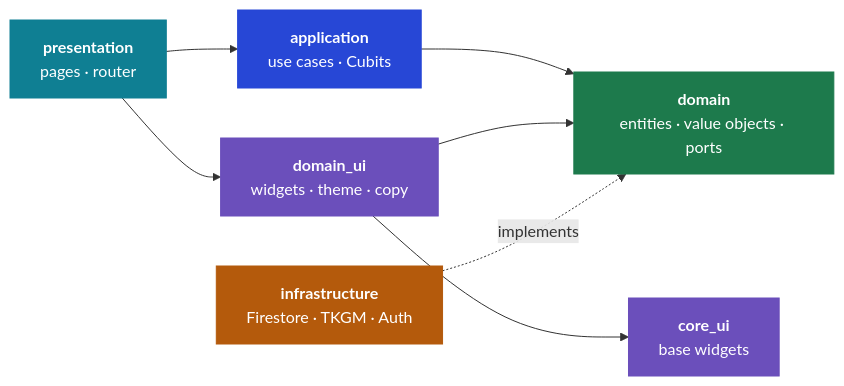
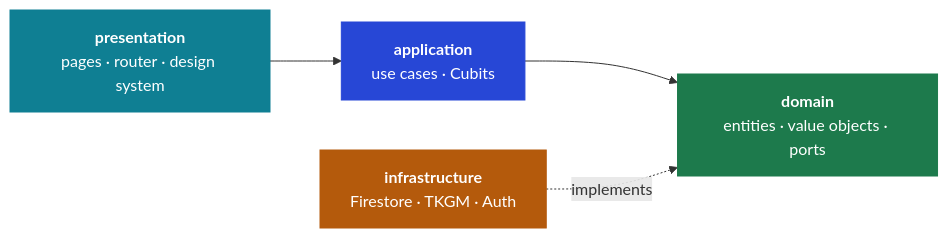
Before and after one commit to TrendHive/parsel-sorgu-flutter: the diagram in README.md, drawn with Mermaid. The commit also changed other lines of this file and 231 other files, not shown here.

````diff
--- a/README.md
+++ b/README.md
@@ -103,17 +103,13 @@
 ```mermaid
 flowchart LR
-  P["<b>presentation</b><br/>pages · router"] --> A["<b>application</b><br/>use cases · Cubits"] --> D["<b>domain</b><br/>entities · value objects · ports"]
-  P --> DU["<b>domain_ui</b><br/>widgets · theme · copy"] --> CU["<b>core_ui</b><br/>base widgets"]
-  DU --> D
+  P["<b>presentation</b><br/>pages · router · design system"] --> A["<b>application</b><br/>use cases · Cubits"] --> D["<b>domain</b><br/>entities · value objects · ports"]
   I["<b>infrastructure</b><br/>Firestore · TKGM · Auth"] -. implements .-> D
   classDef pres fill:#0f7f93,stroke:#0f7f93,color:#ffffff
   classDef app fill:#2747d6,stroke:#2747d6,color:#ffffff
   classDef dom fill:#1d7a4c,stroke:#1d7a4c,color:#ffffff
-  classDef ui fill:#6b4fbb,stroke:#6b4fbb,color:#ffffff
   classDef infra fill:#b45a0c,stroke:#b45a0c,color:#ffffff
   class P pres
   class A app
   class D dom
-  class DU,CU ui
   class I infra
 ```
````
